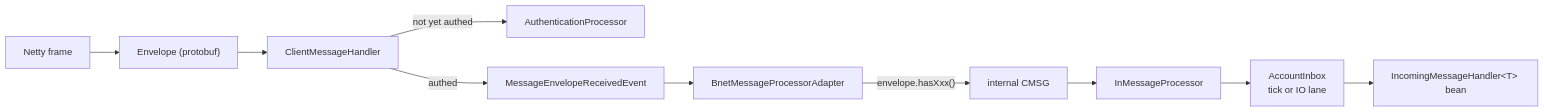
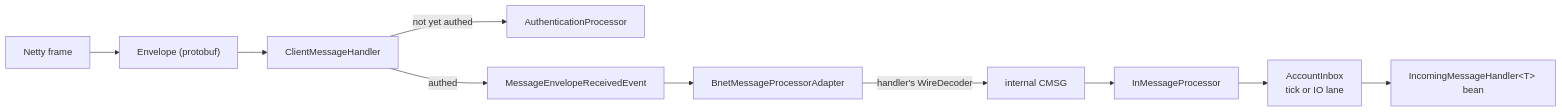
One commit to tfelix/bestia-docs changed the diagram in content/docs/server/networking.md. Above: the diagram before and after it, drawn with Mermaid. The commit also changed other lines of this file and 1 other file, not shown here.

Commit message:
docs: handlers declare their wire case, the client decodes from one table (C1)

````diff
--- a/content/docs/server/networking.md
+++ b/content/docs/server/networking.md
@@ -142,12 +142,12 @@
 ```mermaid
 graph LR
   A[Netty frame] --> B["Envelope (protobuf)"]
   B --> C[ClientMessageHandler]
   C -->|not yet authed| D[AuthenticationProcessor]
   C -->|authed| E[MessageEnvelopeReceivedEvent]
   E --> F[BnetMessageProcessorAdapter]
-  F -->|"envelope.hasXxx()"| G["internal CMSG"]
+  F -->|"handler's WireDecoder"| G["internal CMSG"]
   G --> H[InMessageProcessor]
   H --> J["AccountInbox<br/>tick or IO lane"]
   J --> I["IncomingMessageHandler&lt;T&gt; bean"]
 ```
````
